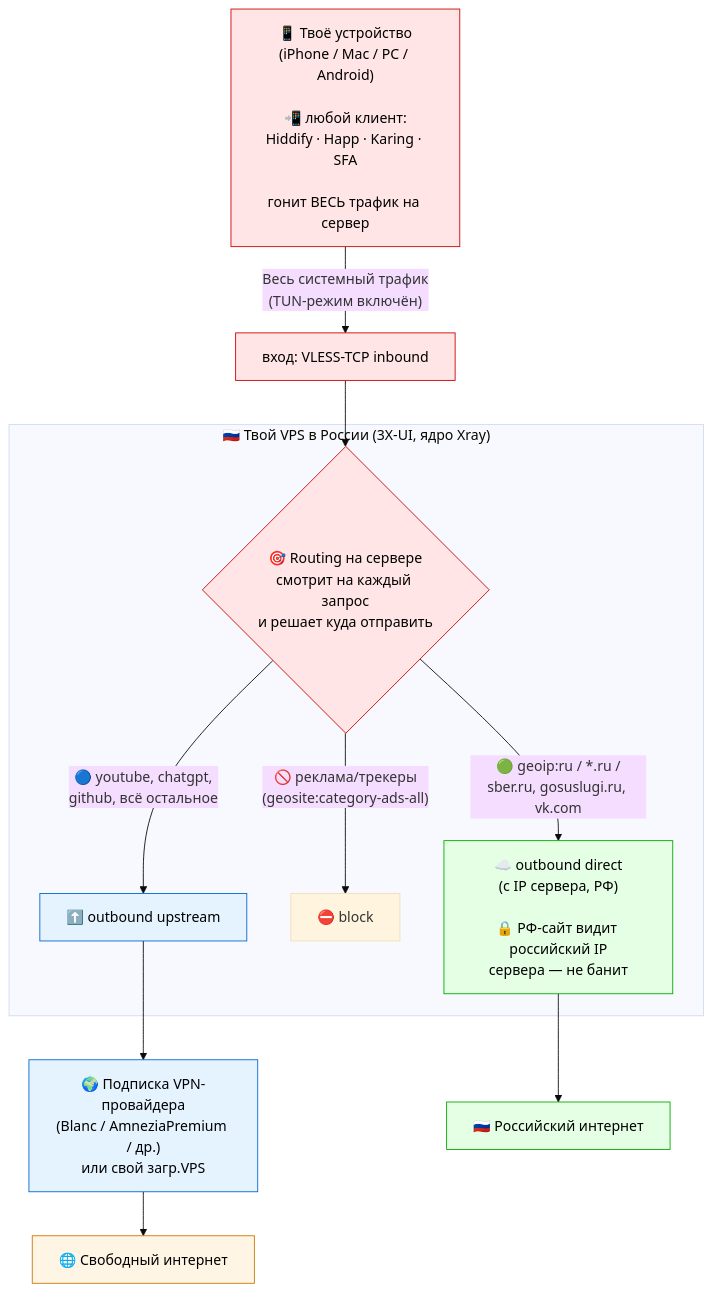
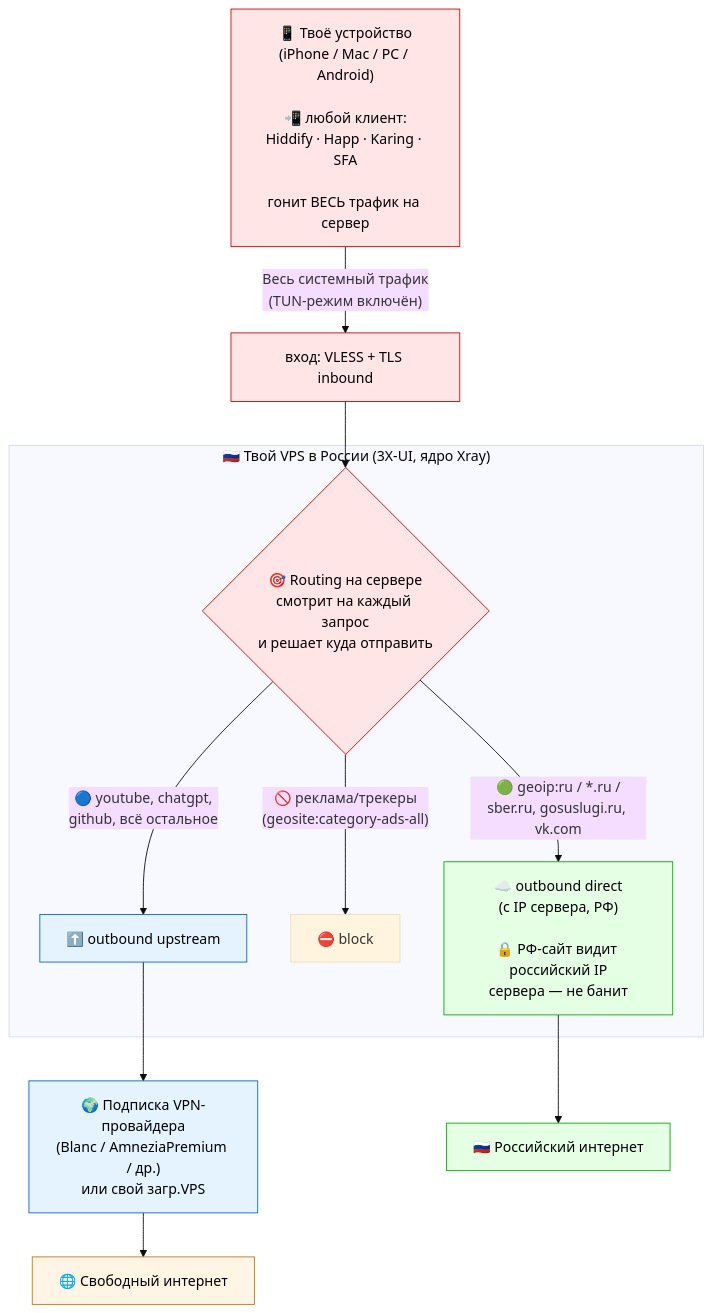
The first of 5 diagrams in .claude/knowledge/networking/_diagrams/vpn-architecture-reference.md (vefmvai/sysadmin), drawn with Mermaid (base theme) before and after one commit. The commit also changed 20 other files, not shown here.

````diff
--- a/.claude/knowledge/networking/_diagrams/vpn-architecture-reference.md
+++ b/.claude/knowledge/networking/_diagrams/vpn-architecture-reference.md
@@ -10,32 +10,32 @@
 ```mermaid
 flowchart TD
     Phone["📱 Твоё устройство<br/>(iPhone / Mac / PC / Android)<br/><br/>📲 любой клиент:<br/>Hiddify · Happ · Karing · SFA<br/><br/>гонит ВЕСЬ трафик на сервер"]
 
     Phone -->|"Весь системный трафик<br/>(TUN-режим включён)"| RuVPS
 
     subgraph Server["🇷🇺 Твой VPS в России (3X-UI, ядро Xray)"]
       Router{"🎯 Routing на сервере<br/>смотрит на каждый запрос<br/>и решает куда отправить"}
       Router -->|"🟢 geoip:ru / *.ru /<br/>sber.ru, gosuslugi.ru, vk.com"| Direct
       Router -->|"🚫 реклама/трекеры<br/>(geosite:category-ads-all)"| Block["⛔ block"]
       Router -->|"🔵 youtube, chatgpt,<br/>github, всё остальное"| Up["⬆️ outbound upstream"]
     end
 
-    RuVPS["вход: VLESS-TCP inbound"] --> Router
+    RuVPS["вход: VLESS + TLS inbound"] --> Router
 
     Direct["☁️ outbound direct<br/>(с IP сервера, РФ)<br/><br/>🔒 РФ-сайт видит российский IP<br/>сервера — не банит"]
 
     Up --> Provider["🌍 Подписка VPN-провайдера<br/>(Blanc / AmneziaPremium / др.)<br/>или свой загр.VPS"]
 
     Provider --> World["🌐 Свободный интернет"]
     Direct --> WorldRu["🇷🇺 Российский интернет"]
 
     classDef ru fill:#ffe5e5,stroke:#cc0000,color:#000
     classDef directStyle fill:#e5ffe5,stroke:#00aa00,color:#000
     classDef vpn fill:#e5f3ff,stroke:#0066cc,color:#000
     classDef world fill:#fff5e5,stroke:#cc7700,color:#000
 
     class Phone,RuVPS,Router ru
     class Direct,WorldRu directStyle
     class Up,Provider vpn
     class World world
 ```
````
